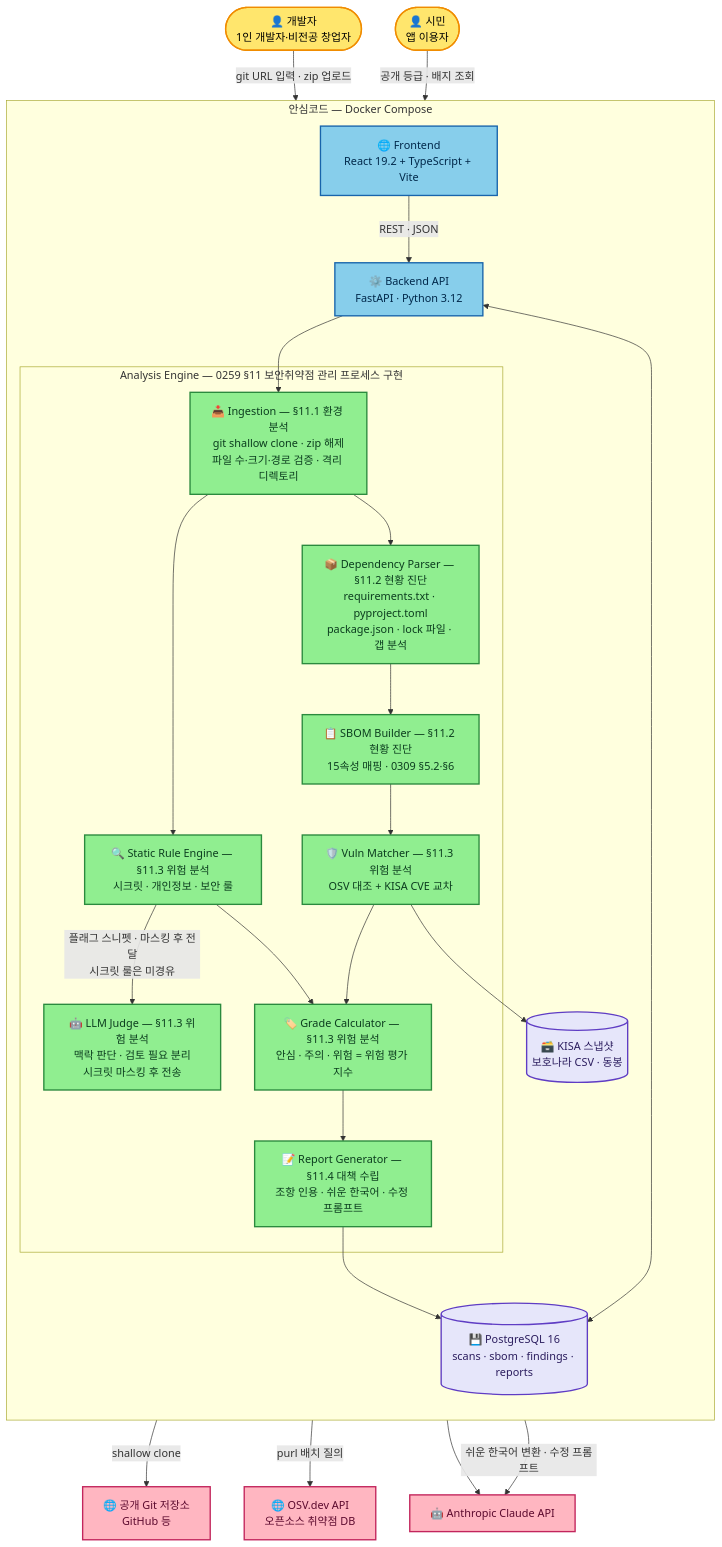
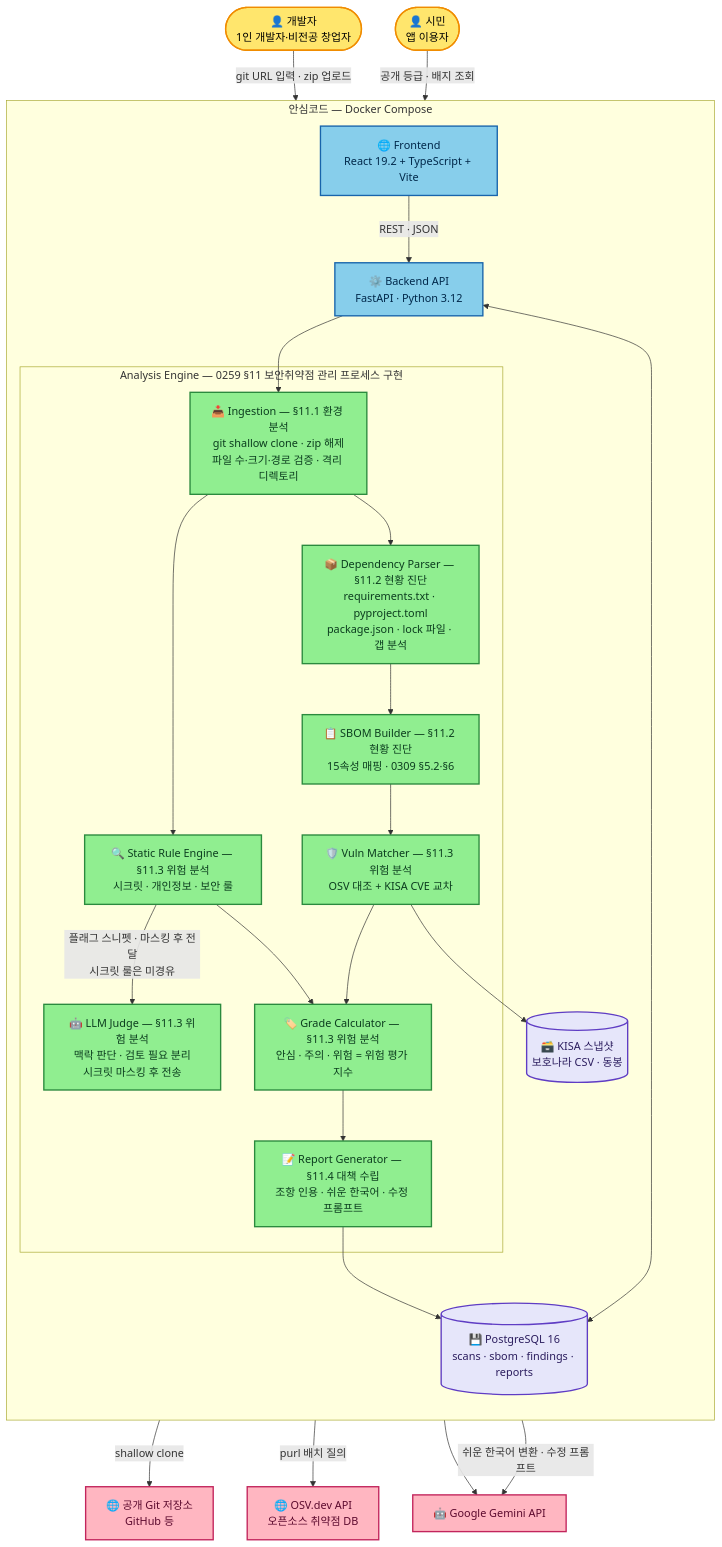
Before and after one commit to fmaPark/ansim-code: the first of 5 diagrams in docs/tdd.md, drawn with Mermaid. The commit also changed other lines of this file and 1 other file, not shown here.

First line of the commit message:
docs: TDD v0.6 — LLM 공급자 Gemini 전면 전환 반영 + 기획 검토 요청서

````diff
--- a/docs/tdd.md
+++ b/docs/tdd.md
@@ -123,61 +124,61 @@
 ```mermaid
 graph TB
     Dev([👤 개발자<br/>1인 개발자·비전공 창업자])
     Citizen([👤 시민<br/>앱 이용자])
 
     subgraph AnsimCode["안심코드 — Docker Compose"]
         direction TB
         FE[🌐 Frontend<br/>React 19.2 + TypeScript + Vite]
         API[⚙️ Backend API<br/>FastAPI · Python 3.12]
 
         subgraph Engine["Analysis Engine — 0259 §11 보안취약점 관리 프로세스 구현"]
             ING[📥 Ingestion — §11.1 환경 분석<br/>git shallow clone · zip 해제<br/>파일 수·크기·경로 검증 · 격리 디렉토리]
             DEP[📦 Dependency Parser — §11.2 현황 진단<br/>requirements.txt · pyproject.toml<br/>package.json · lock 파일 · 갭 분석]
             SBOM[📋 SBOM Builder — §11.2 현황 진단<br/>15속성 매핑 · 0309 §5.2·§6]
             VULN[🛡️ Vuln Matcher — §11.3 위험 분석<br/>OSV 대조 + KISA CVE 교차]
             RULES[🔍 Static Rule Engine — §11.3 위험 분석<br/>시크릿 · 개인정보 · 보안 룰]
             LLMJ[🤖 LLM Judge — §11.3 위험 분석<br/>맥락 판단 · 검토 필요 분리<br/>시크릿 마스킹 후 전송]
             GRADE[🏷️ Grade Calculator — §11.3 위험 분석<br/>안심 · 주의 · 위험 = 위험 평가 지수]
             REPORT[📝 Report Generator — §11.4 대책 수립<br/>조항 인용 · 쉬운 한국어 · 수정 프롬프트]
         end
 
         DB[(💾 PostgreSQL 16<br/>scans · sbom · findings · reports)]
         KISA[(🗃️ KISA 스냅샷<br/>보호나라 CSV · 동봉)]
     end
 
     GIT[🌐 공개 Git 저장소<br/>GitHub 등]
     OSV[🌐 OSV.dev API<br/>오픈소스 취약점 DB]
-    CLAUDE[🤖 Anthropic Claude API]
+    GEMINI[🤖 Google Gemini API]
 
     Dev -->|git URL 입력 · zip 업로드| FE
     Citizen -->|공개 등급 · 배지 조회| FE
     FE -->|REST · JSON| API
     API --> ING
     ING -->|shallow clone| GIT
     ING --> DEP
     DEP --> SBOM
     SBOM --> VULN
     VULN -->|purl 배치 질의| OSV
     VULN --> KISA
     ING --> RULES
     RULES -->|플래그 스니펫 · 마스킹 후 전달<br/>시크릿 룰은 미경유| LLMJ
-    LLMJ --> CLAUDE
+    LLMJ --> GEMINI
     VULN --> GRADE
     RULES --> GRADE
     GRADE --> REPORT
-    REPORT -->|쉬운 한국어 변환 · 수정 프롬프트| CLAUDE
+    REPORT -->|쉬운 한국어 변환 · 수정 프롬프트| GEMINI
     API <--> DB
     REPORT --> DB
 
     classDef user fill:#FFE66D,stroke:#F08C00,stroke-width:2px,color:#000
     classDef front fill:#87CEEB,stroke:#1864AB,stroke-width:2px,color:#00284A
     classDef engine fill:#90EE90,stroke:#2B8A3E,stroke-width:2px,color:#0B3D1E
     classDef data fill:#E6E6FA,stroke:#5F3DC4,stroke-width:2px,color:#2B1D5E
     classDef external fill:#FFB6C1,stroke:#C2255C,stroke-width:2px,color:#5C0A2E
 
     class Dev,Citizen user
     class FE,API front
     class ING,DEP,SBOM,VULN,RULES,LLMJ,REPORT,GRADE engine
     class DB,KISA data
-    class GIT,OSV,CLAUDE external
+    class GIT,OSV,GEMINI external
 ```
````
